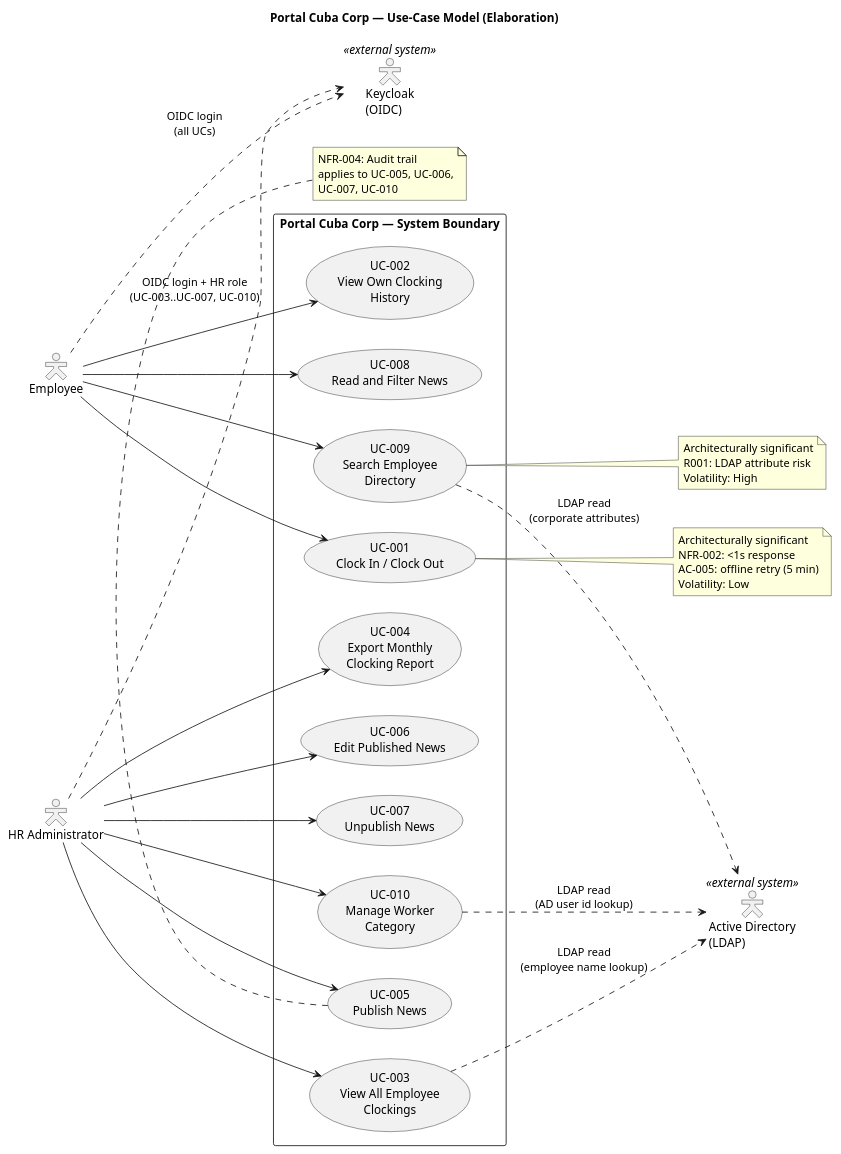
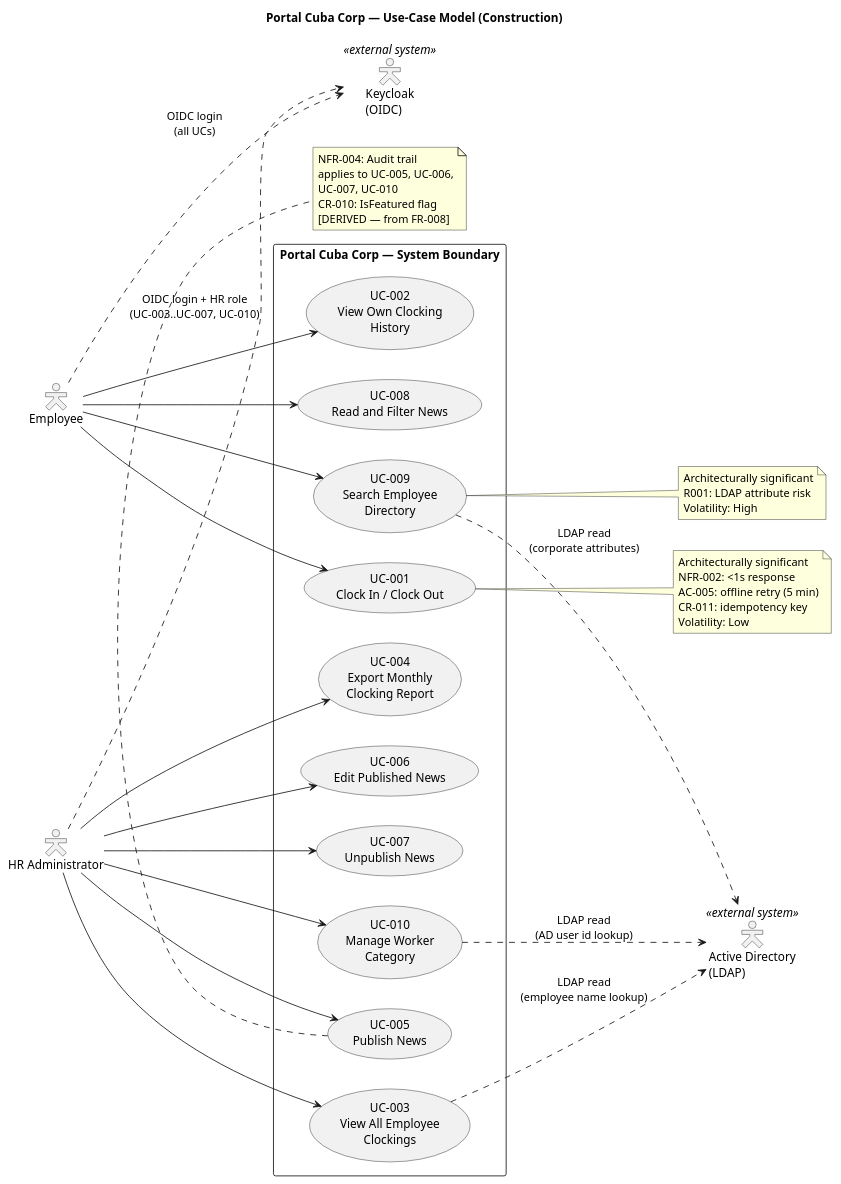
One commit to banense-test/portal-cuba-corp changed the first of 14 diagrams in docs/artifacts/requirements/use-case-model.md. Above: the diagram before and after it, drawn with PlantUML. The commit also changed other lines of this file, not shown here.

Commit message:
System Analyst [C2]: upsert Use-Case Model
[skip ci]

````diff
--- a/docs/artifacts/requirements/use-case-model.md
+++ b/docs/artifacts/requirements/use-case-model.md
@@ -13,66 +12,69 @@
 ```plantuml
 @startuml
-title Portal Cuba Corp — Use-Case Model (Elaboration)
+title Portal Cuba Corp — Use-Case Model (Construction)
 
 left to right direction
 skinparam packageStyle rectangle
 skinparam actorStyle hollow
 
 actor "Employee" as EMP
 actor "HR Administrator" as HR
 actor "Active Directory\n(LDAP)" as AD <<external system>>
 actor "Keycloak\n(OIDC)" as KC <<external system>>
 
 rectangle "Portal Cuba Corp — System Boundary" {
   usecase "UC-001\nClock In / Clock Out" as UC001
   usecase "UC-002\nView Own Clocking\nHistory" as UC002
   usecase "UC-003\nView All Employee\nClockings" as UC003
   usecase "UC-004\nExport Monthly\nClocking Report" as UC004
   usecase "UC-005\nPublish News" as UC005
   usecase "UC-006\nEdit Published News" as UC006
   usecase "UC-007\nUnpublish News" as UC007
   usecase "UC-008\nRead and Filter News" as UC008
   usecase "UC-009\nSearch Employee\nDirectory" as UC009
   usecase "UC-010\nManage Worker\nCategory" as UC010
 }
 
 EMP --> UC001
 EMP --> UC002
 EMP --> UC008
 EMP --> UC009
 
 HR --> UC003
 HR --> UC004
 HR --> UC005
 HR --> UC006
 HR --> UC007
 HR --> UC010
 
 UC009 ..> AD : LDAP read\n(corporate attributes)
 UC010 ..> AD : LDAP read\n(AD user id lookup)
 UC003 ..> AD : LDAP read\n(employee name lookup)
 
 EMP ..> KC : OIDC login\n(all UCs)
 HR ..> KC : OIDC login + HR role\n(UC-003..UC-007, UC-010)
 
 note right of UC001
   Architecturally significant
   NFR-002: <1s response
   AC-005: offline retry (5 min)
+  CR-011: idempotency key
   Volatility: Low
 end note
 
 note right of UC009
   Architecturally significant
   R001: LDAP attribute risk
   Volatility: High
 end note
 
 note bottom of UC005
   NFR-004: Audit trail
   applies to UC-005, UC-006,
   UC-007, UC-010
+  CR-010: IsFeatured flag
+  [DERIVED — from FR-008]
 end note
 
 @enduml
 ```
````
